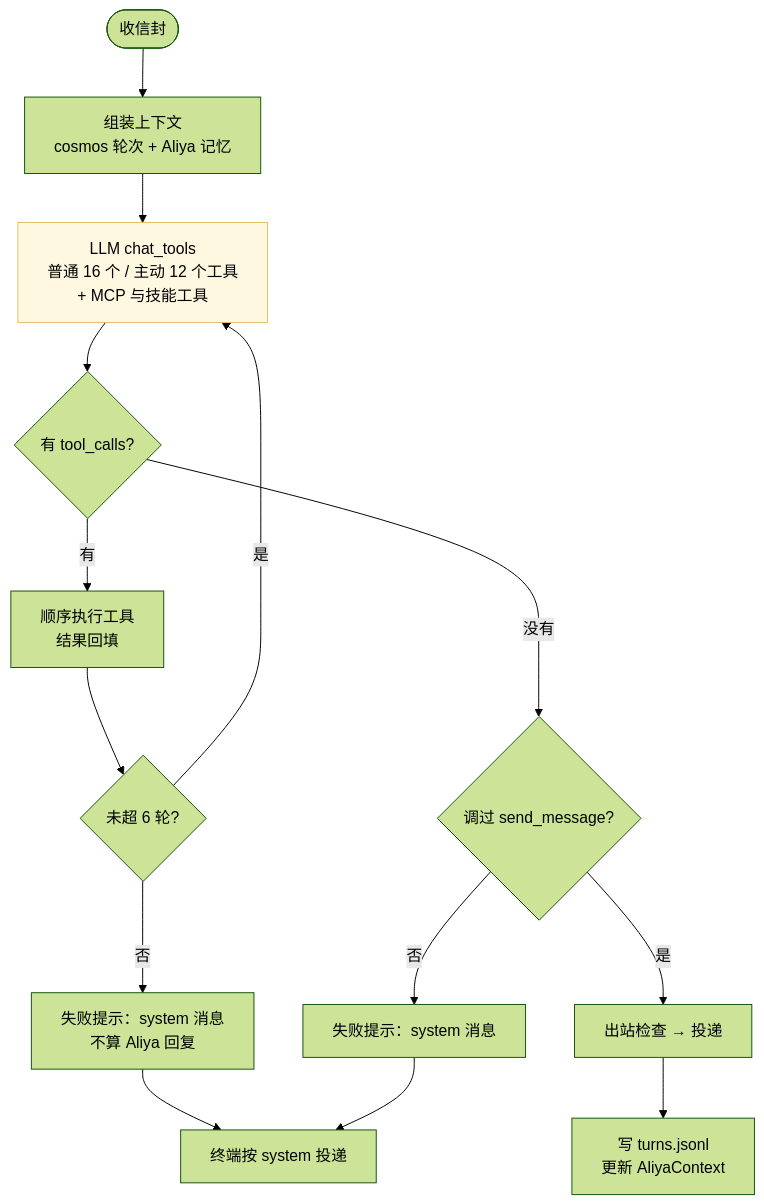
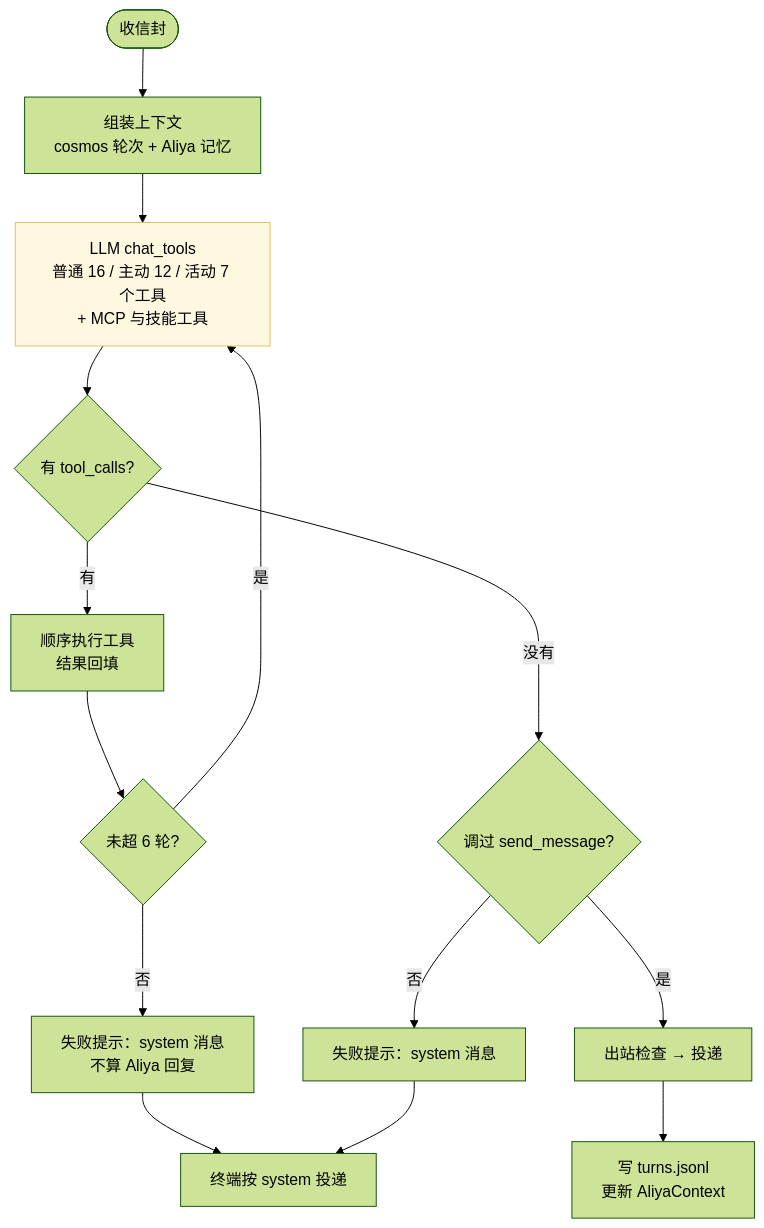
One commit to muyulov/Aliya-cosmos changed the second of 2 diagrams in docs/wiki/agents/aliya.md. Above: the diagram before and after it, drawn with Mermaid (forest theme). The commit also changed other lines of this file and 8 other files, not shown here.

````diff
--- a/docs/wiki/agents/aliya.md
+++ b/docs/wiki/agents/aliya.md
@@ -200,18 +204,18 @@
 ```mermaid
 flowchart TD
     E(["收信封"]) --> M["组装上下文<br/>cosmos 轮次 + Aliya 记忆"]
-    M --> L["LLM chat_tools<br/>普通 16 个 / 主动 12 个工具<br/>+ MCP 与技能工具"]
+    M --> L["LLM chat_tools<br/>普通 16 / 主动 12 / 活动 7 个工具<br/>+ MCP 与技能工具"]
     L --> T{"有 tool_calls?"}
     T -->|"有"| X["顺序执行工具<br/>结果回填"]
     X --> R{"未超 6 轮?"}
     R -->|"是"| L
     R -->|"否"| F["失败提示：system 消息<br/>不算 Aliya 回复"]
     T -->|"没有"| S{"调过 send_message?"}
     S -->|"是"| P["出站检查 → 投递"]
     S -->|"否"| B["失败提示：system 消息"]
     F --> N["终端按 system 投递"]
     B --> N
     P --> MEM["写 turns.jsonl<br/>更新 AliyaContext"]
 
     style L fill:#fff8e1,stroke:#e0c068
 ```
````
